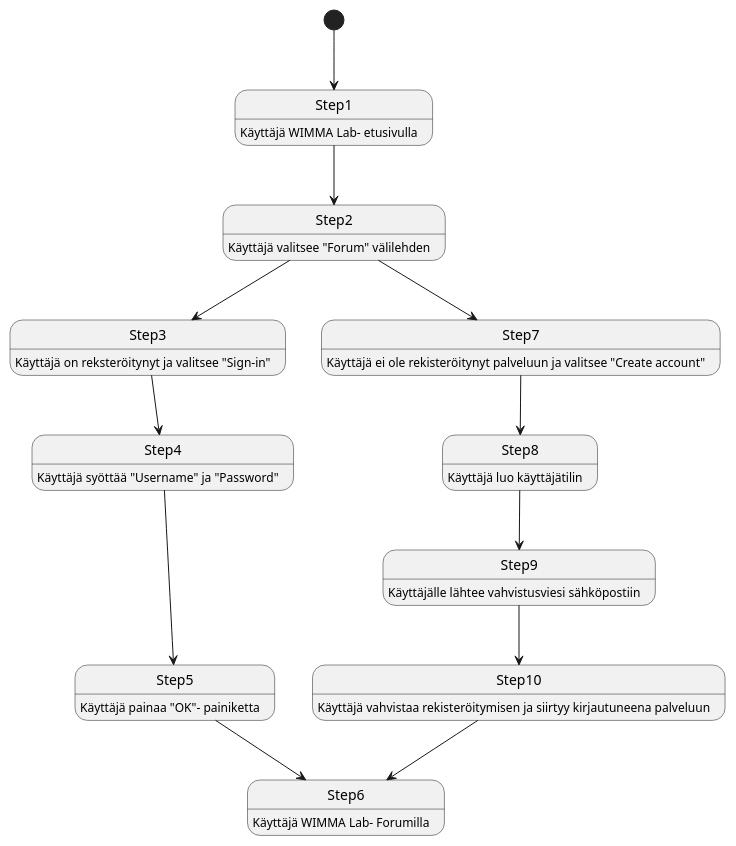
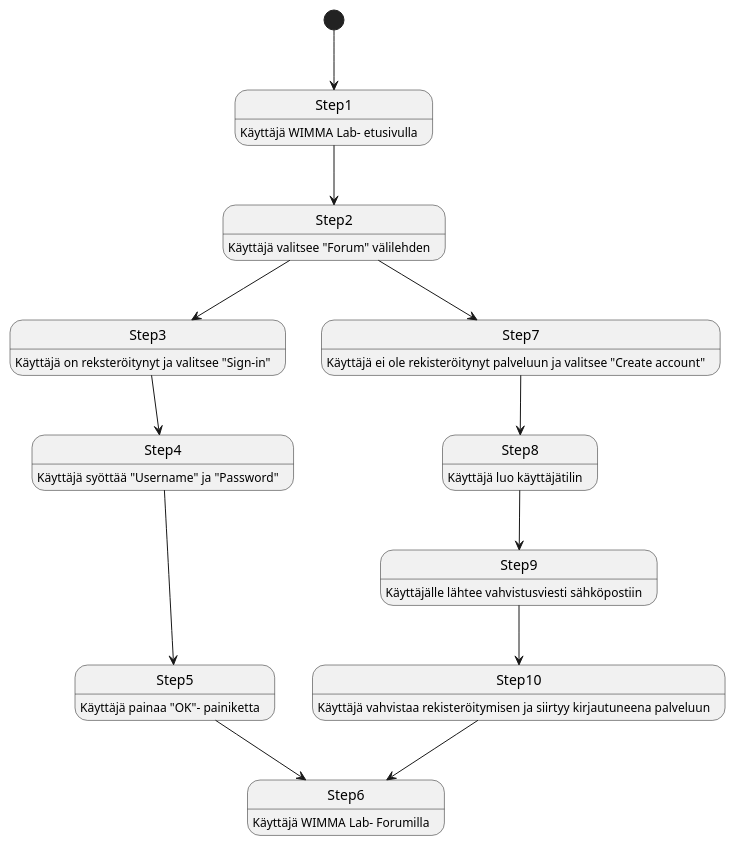
One commit to ninaleo/S2021-AB5160-core changed the second of 6 diagrams in dokumentit/20-Vaatimustenhallinta/vaatimusmaaritely-tiivis.md. Above: the diagram before and after it, drawn with PlantUML. The commit also changed other lines of this file, not shown here.

````diff
--- a/dokumentit/20-Vaatimustenhallinta/vaatimusmaaritely-tiivis.md
+++ b/dokumentit/20-Vaatimustenhallinta/vaatimusmaaritely-tiivis.md
@@ -117,25 +91,25 @@
 ```plantuml
 Step1: Käyttäjä WIMMA Lab- etusivulla 
 Step2: Käyttäjä valitsee "Forum" välilehden  
 Step3: Käyttäjä on reksteröitynyt ja valitsee "Sign-in" 
 Step4: Käyttäjä syöttää "Username" ja "Password"
 Step5: Käyttäjä painaa "OK"- painiketta
 Step6: Käyttäjä WIMMA Lab- Forumilla
 Step7: Käyttäjä ei ole rekisteröitynyt palveluun ja valitsee "Create account"
 Step8: Käyttäjä luo käyttäjätilin
-Step9: Käyttäjälle lähtee vahvistusviesi sähköpostiin
+Step9: Käyttäjälle lähtee vahvistusviesti sähköpostiin
 Step10: Käyttäjä vahvistaa rekisteröitymisen ja siirtyy kirjautuneena palveluun
 
 
 [*] --> Step1
 Step1 --> Step2
 Step2 --> Step3
 Step2 --> Step7
 Step3 --> Step4
 Step7 --> Step8
 Step4 --> Step5
 Step8 --> Step9
 Step5 --> Step6 
 Step9 --> Step10
 Step10 --> Step6
 ```
````
